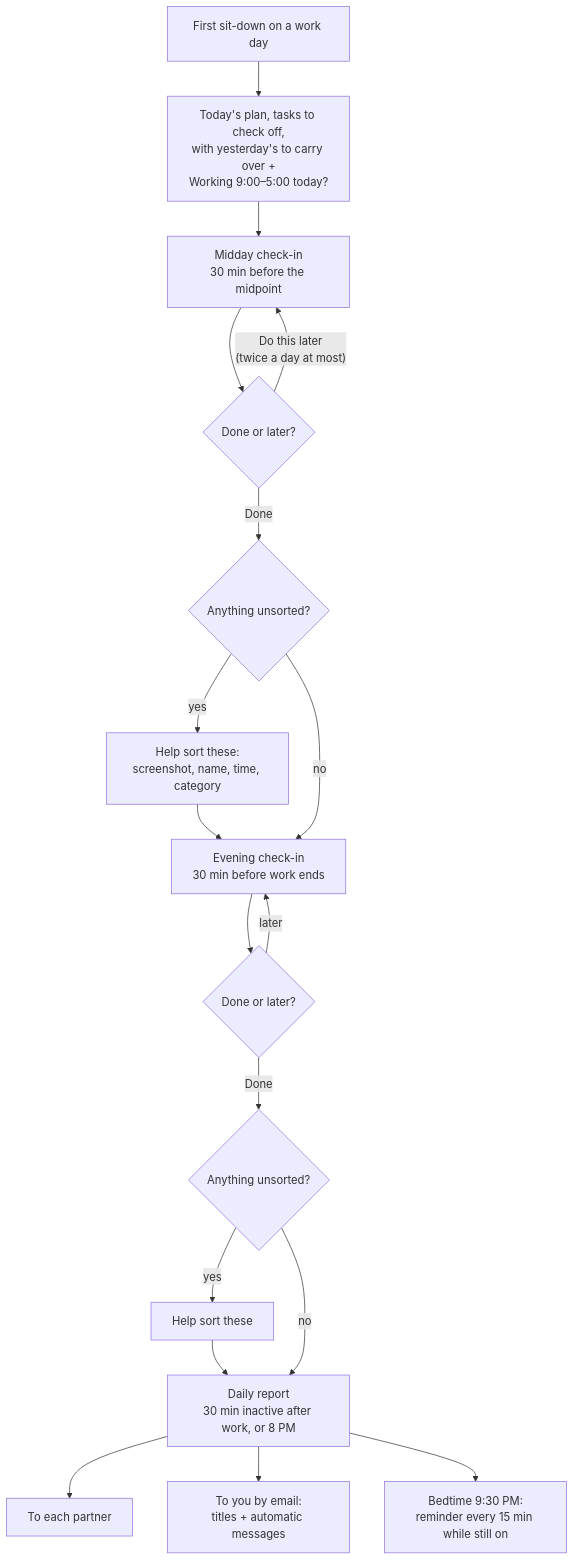
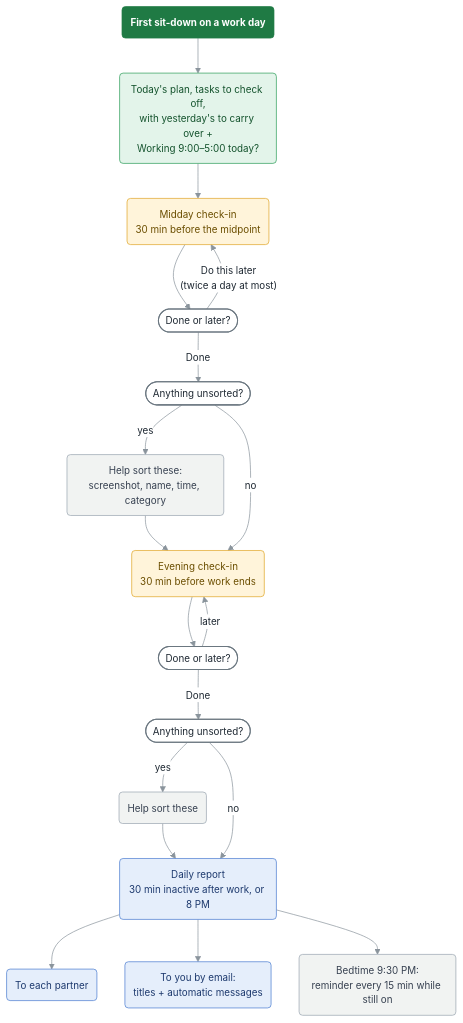
Before and after one commit to hodapp512/ontask: the fourth of 7 diagrams in docs/FLOWS.md, drawn with Mermaid. The commit also changed other lines of this file and 1 other file, not shown here.

Commit message:
FLOWS.md: styled diagrams (theme, rounded boxes, pill questions, colors by meaning, legend)

````diff
--- a/docs/FLOWS.md
+++ b/docs/FLOWS.md
@@ -148,18 +206,33 @@
 ```mermaid
+%%{init: {"theme": "base", "themeVariables": {"fontFamily": "-apple-system, BlinkMacSystemFont, Segoe UI, Helvetica, Arial, sans-serif", "fontSize": "14px", "primaryColor": "#F7F9F8", "primaryBorderColor": "#B8C2BC", "primaryTextColor": "#1F2933", "lineColor": "#8A949C", "edgeLabelBackground": "#FFFFFF", "tertiaryColor": "#F7F9F8", "clusterBkg": "#F4F7F5", "clusterBorder": "#C8D0CB"}, "flowchart": {"curve": "basis", "nodeSpacing": 40, "rankSpacing": 50, "padding": 12}}}%%
 flowchart TD
-    D[First sit-down on a work day] --> P[Today's plan, tasks to check off,<br/>with yesterday's to carry over +<br/>Working 9:00–5:00 today?]
-    P --> M[Midday check-in<br/>30 min before the midpoint]
-    M --> MS{Done or later?}
+    D("First sit-down on a work day") --> P("Today's plan, tasks to check off,<br/>with yesterday's to carry over +<br/>Working 9:00–5:00 today?")
+    P --> M("Midday check-in<br/>30 min before the midpoint")
+    M --> MS(["Done or later?"])
     MS -- "Do this later<br/>(twice a day at most)" --> M
-    MS -- Done --> H1{Anything unsorted?}
-    H1 -- yes --> SORT1[Help sort these:<br/>screenshot, name, time, category] --> E
+    MS -- Done --> H1(["Anything unsorted?"])
+    H1 -- yes --> SORT1("Help sort these:<br/>screenshot, name, time, category") --> E
     H1 -- no --> E
-    E[Evening check-in<br/>30 min before work ends] --> ES{Done or later?}
+    E("Evening check-in<br/>30 min before work ends") --> ES(["Done or later?"])
     ES -- later --> E
-    ES -- Done --> H2{Anything unsorted?}
-    H2 -- yes --> SORT2[Help sort these] --> R
+    ES -- Done --> H2(["Anything unsorted?"])
+    H2 -- yes --> SORT2("Help sort these") --> R
     H2 -- no --> R
-    R[Daily report<br/>30 min inactive after work, or 8 PM] --> PART[To each partner]
-    R --> ME[To you by email:<br/>titles + automatic messages]
-    R --> B[Bedtime 9:30 PM:<br/>reminder every 15 min while still on]
+    R("Daily report<br/>30 min inactive after work, or 8 PM") --> PART("To each partner")
+    R --> ME("To you by email:<br/>titles + automatic messages")
+    R --> B("Bedtime 9:30 PM:<br/>reminder every 15 min while still on")
+
+    classDef start fill:#1F7A44,stroke:#1F7A44,color:#FFFFFF,font-weight:bold
+    classDef good fill:#E3F4EA,stroke:#2E9E5B,color:#14532D
+    classDef bad fill:#FBE7E7,stroke:#D64545,color:#7F1D1D
+    classDef warn fill:#FFF4DA,stroke:#E0A526,color:#6B4E00
+    classDef partner fill:#E5EEFB,stroke:#4A7BD0,color:#1E3A6E
+    classDef quiet fill:#F1F3F2,stroke:#9AA5B1,color:#374151
+    class D start
+    class P good
+    class M,E warn
+    class SORT1,SORT2,B quiet
+    class R,PART,ME partner
+    classDef ask fill:#FFFFFF,stroke:#6B7780,stroke-width:1.5px,color:#1F2933
+    class ES,H1,H2,MS ask
 ```
````
